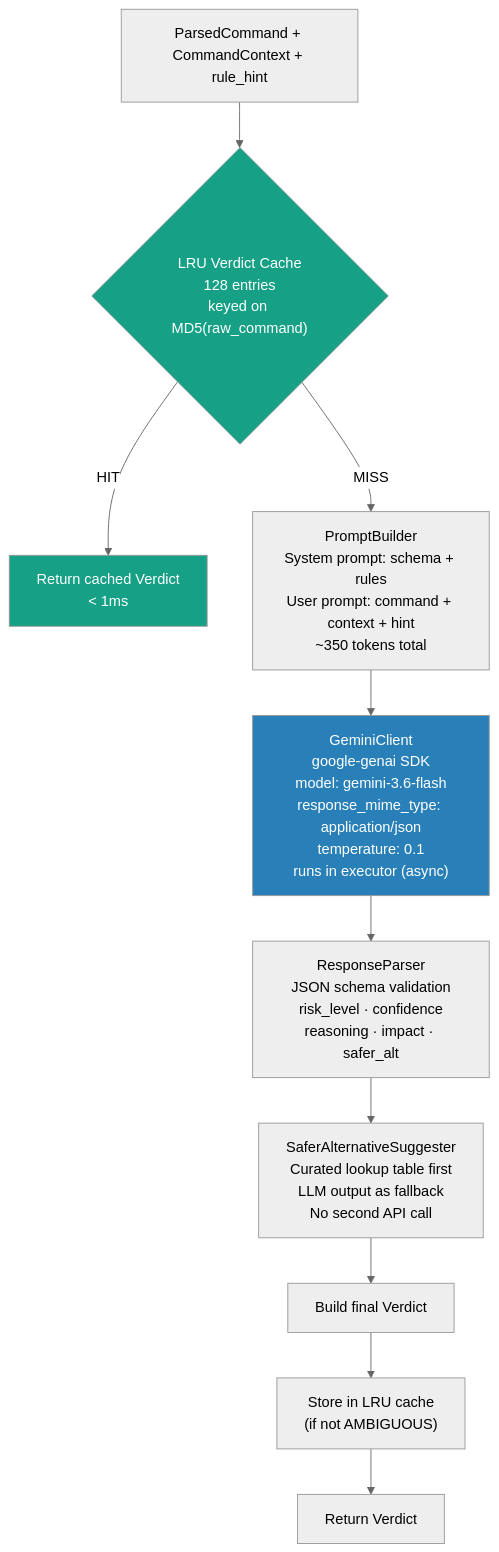
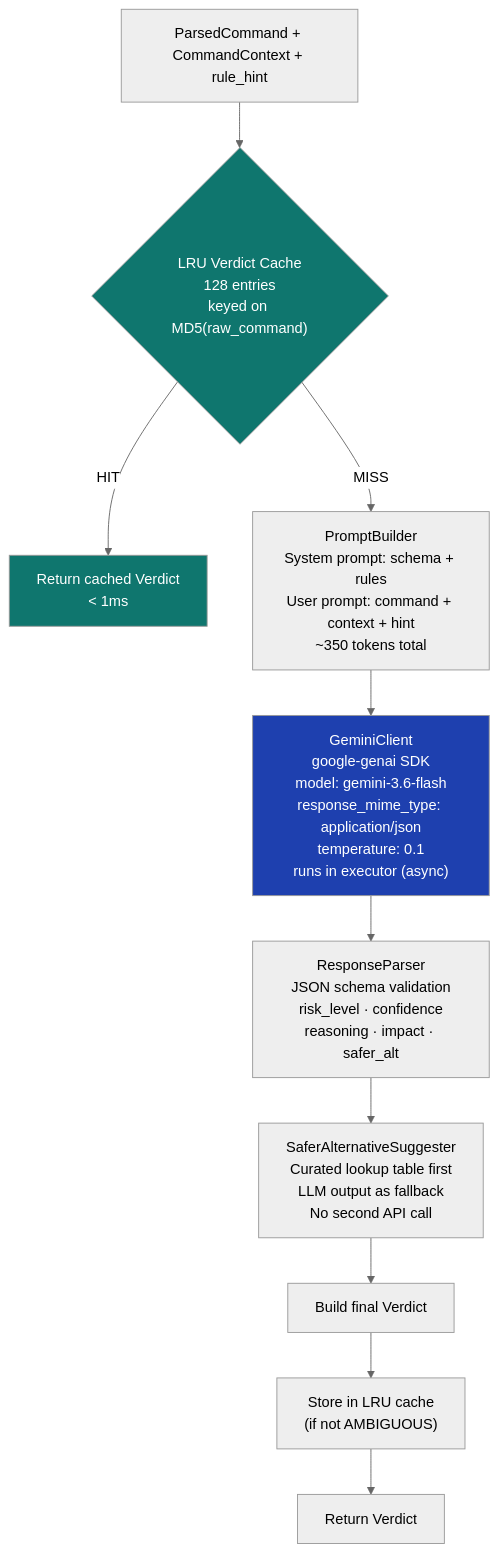
The fifth of 9 diagrams in docs/ARCHITECTURE.md (OliveishPraveen/AI-Based-System-Intent-Engine), drawn with Mermaid (neutral theme) before and after one commit. The commit also changed other lines of this file and 2 other files, not shown here.

Commit message:
docs: Fix mermaid gantt chart parsing and improve color aesthetics

````diff
--- a/docs/ARCHITECTURE.md
+++ b/docs/ARCHITECTURE.md
@@ -168,24 +168,24 @@
 ```mermaid
 flowchart TD
     INPUT["ParsedCommand + CommandContext + rule_hint"]
 
     INPUT --> CACHE_CHECK{"LRU Verdict Cache<br/>128 entries<br/>keyed on MD5(raw_command)"}
 
     CACHE_CHECK -->|"HIT"| RETURN_CACHE["Return cached Verdict<br/>< 1ms"]
 
     CACHE_CHECK -->|"MISS"| PROMPT["PromptBuilder<br/>System prompt: schema + rules<br/>User prompt: command + context + hint<br/>~350 tokens total"]
 
     PROMPT --> GEMINI["GeminiClient<br/>google-genai SDK<br/>model: gemini-3.6-flash<br/>response_mime_type: application/json<br/>temperature: 0.1<br/>runs in executor (async)"]
 
     GEMINI --> PARSE["ResponseParser<br/>JSON schema validation<br/>risk_level · confidence<br/>reasoning · impact · safer_alt"]
 
     PARSE --> SUGGEST["SaferAlternativeSuggester<br/>Curated lookup table first<br/>LLM output as fallback<br/>No second API call"]
 
     SUGGEST --> BUILD["Build final Verdict"]
     BUILD --> STORE_CACHE["Store in LRU cache<br/>(if not AMBIGUOUS)"]
     STORE_CACHE --> RETURN_LLM["Return Verdict"]
 
-    style GEMINI fill:#2980b9,color:#fff
-    style CACHE_CHECK fill:#16a085,color:#fff
-    style RETURN_CACHE fill:#16a085,color:#fff
+    style GEMINI fill:#1e40af,color:#fff
+    style CACHE_CHECK fill:#0f766e,color:#fff
+    style RETURN_CACHE fill:#0f766e,color:#fff
 ```
````
